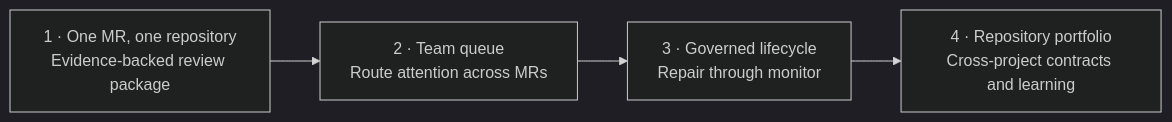
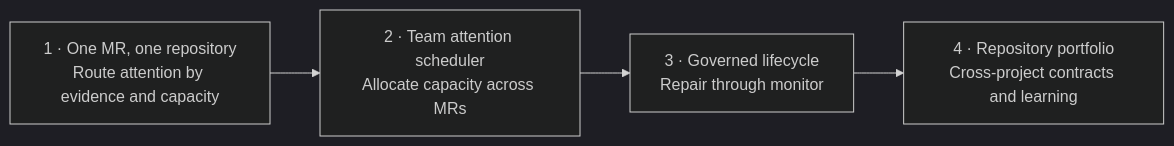
Before and after one commit to annatchijova/to-build-a-fire: the fifth of 5 diagrams in README.md, drawn with Mermaid (dark theme). The commit also changed other lines of this file and 13 other files, not shown here.

````diff
--- a/README.md
+++ b/README.md
@@ -136,8 +161,8 @@
 ```mermaid
 flowchart LR
-    L1[1 · One MR, one repository<br/>Evidence-backed review package]
-    L2[2 · Team queue<br/>Route attention across MRs]
+    L1[1 · One MR, one repository<br/>Route attention by evidence and capacity]
+    L2[2 · Team attention scheduler<br/>Allocate capacity across MRs]
     L3[3 · Governed lifecycle<br/>Repair through monitor]
     L4[4 · Repository portfolio<br/>Cross-project contracts and learning]
     L1 --> L2 --> L3 --> L4
 ```
````
